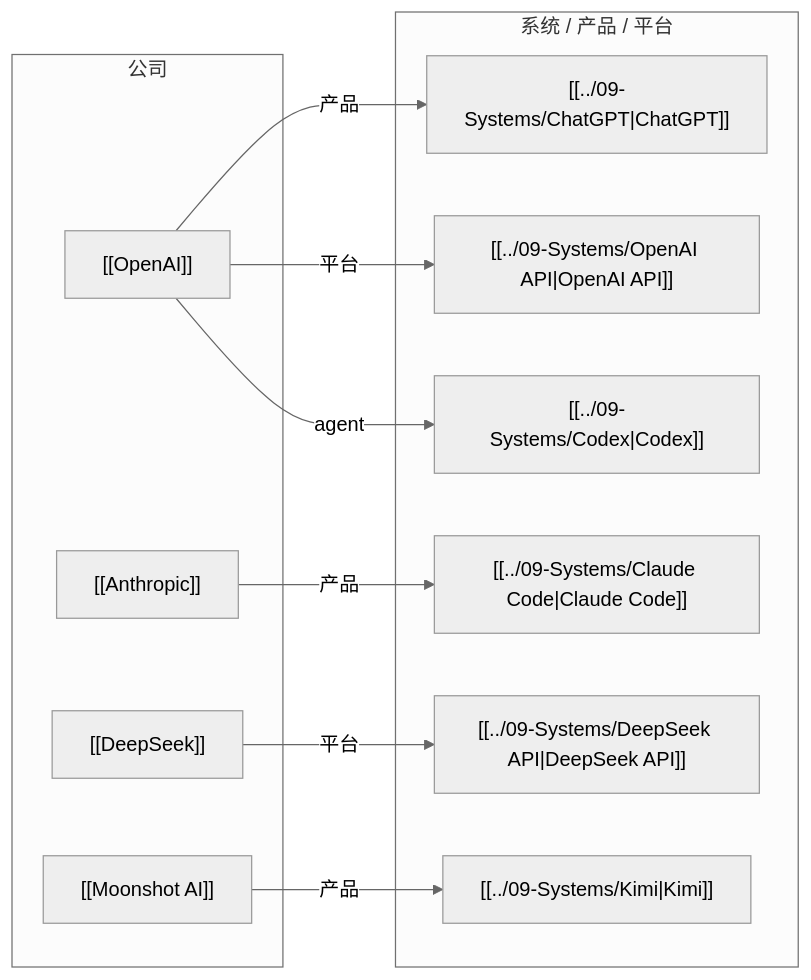
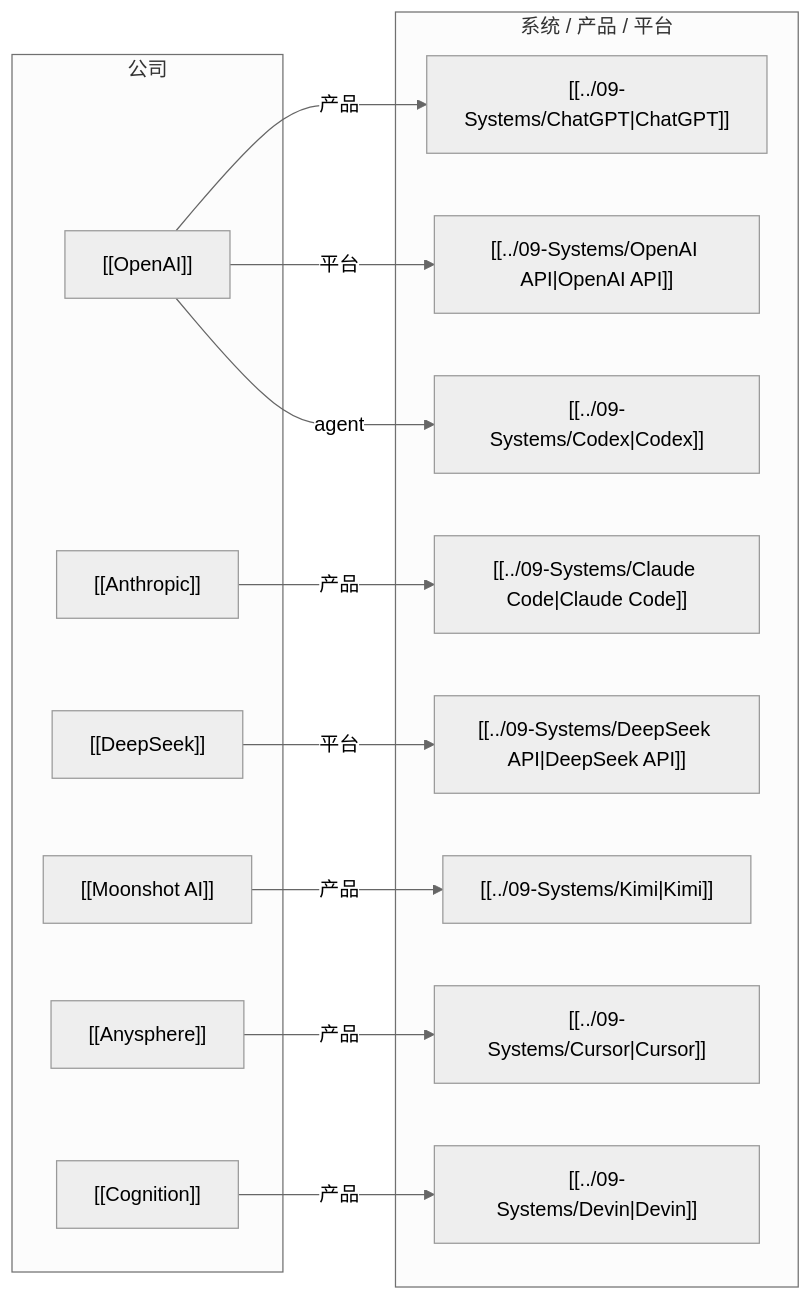
One commit to superliyang/tony-2026 changed the diagram in 01-Areas/AI-Learning/07-Maps/AI Company-Systems Map.md. Above: the diagram before and after it, drawn with Mermaid (neutral theme). The commit also changed other lines of this file and 17 other files, not shown here.

````diff
--- a/01-Areas/AI-Learning/07-Maps/AI Company-Systems Map.md
+++ b/01-Areas/AI-Learning/07-Maps/AI Company-Systems Map.md
@@ -15,25 +15,31 @@
 ```mermaid
 graph LR
     subgraph companies["公司"]
         openai["[[OpenAI]]"]
         anthropic["[[Anthropic]]"]
         deepseek["[[DeepSeek]]"]
         moonshot["[[Moonshot AI]]"]
+        anysphere["[[Anysphere]]"]
+        cognition["[[Cognition]]"]
     end
 
     subgraph systems["系统 / 产品 / 平台"]
         chatgpt["[[../09-Systems/ChatGPT|ChatGPT]]"]
         openaiapi["[[../09-Systems/OpenAI API|OpenAI API]]"]
         codex["[[../09-Systems/Codex|Codex]]"]
         claudecode["[[../09-Systems/Claude Code|Claude Code]]"]
         dsapi["[[../09-Systems/DeepSeek API|DeepSeek API]]"]
         kimi["[[../09-Systems/Kimi|Kimi]]"]
+        cursor["[[../09-Systems/Cursor|Cursor]]"]
+        devin["[[../09-Systems/Devin|Devin]]"]
     end
 
     openai -->|产品| chatgpt
     openai -->|平台| openaiapi
     openai -->|agent| codex
     anthropic -->|产品| claudecode
     deepseek -->|平台| dsapi
     moonshot -->|产品| kimi
+    anysphere -->|产品| cursor
+    cognition -->|产品| devin
 ```
````
